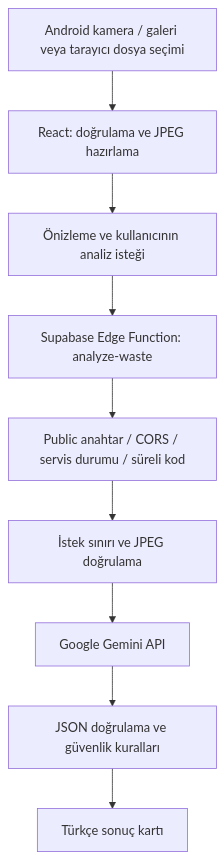
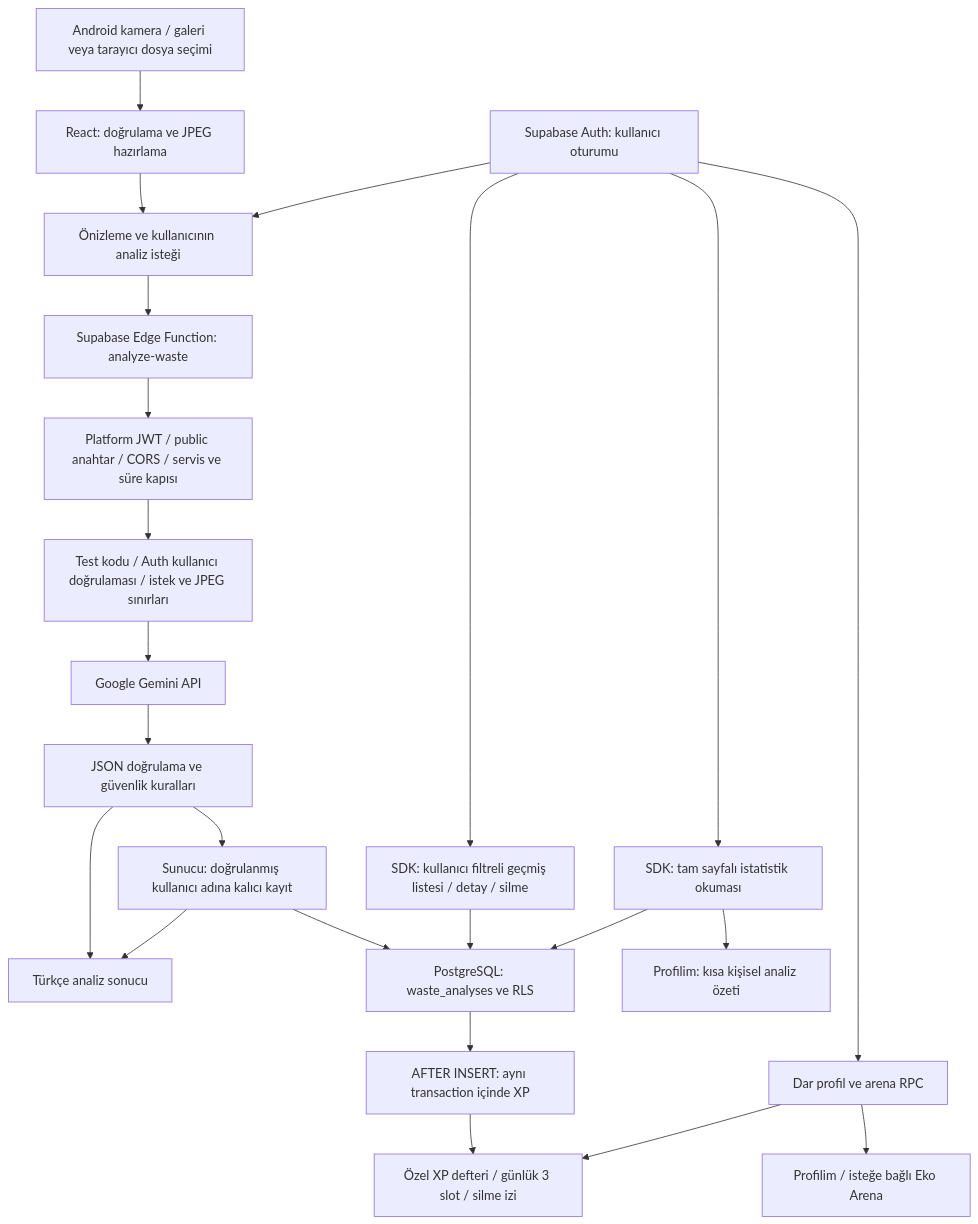
One commit to furkancincik/Akilli-Atik changed the diagram in README.md. Above: the diagram before and after it, drawn with Mermaid. The commit also changed other lines of this file and 97 other files, not shown here.

````diff
--- a/README.md
+++ b/README.md
@@ -58,11 +68,25 @@
 ```mermaid
 flowchart TD
     A[Android kamera / galeri veya tarayıcı dosya seçimi] --> B[React: doğrulama ve JPEG hazırlama]
     B --> C[Önizleme ve kullanıcının analiz isteği]
     C --> D[Supabase Edge Function: analyze-waste]
-    D --> E[Public anahtar / CORS / servis durumu / süreli kod]
-    E --> F[İstek sınırı ve JPEG doğrulama]
+    D --> E[Platform JWT / public anahtar / CORS / servis ve süre kapısı]
+    E --> F[Test kodu / Auth kullanıcı doğrulaması / istek ve JPEG sınırları]
     F --> G[Google Gemini API]
     G --> H[JSON doğrulama ve güvenlik kuralları]
-    H --> I[Türkçe sonuç kartı]
+    H --> J[Sunucu: doğrulanmış kullanıcı adına kalıcı kayıt]
+    H --> I[Türkçe analiz sonucu]
+    J --> I
+    J --> K[PostgreSQL: waste_analyses ve RLS]
+    L[Supabase Auth: kullanıcı oturumu] --> C
+    L --> M[SDK: kullanıcı filtreli geçmiş listesi / detay / silme]
+    M --> K
+    L --> N[SDK: tam sayfalı istatistik okuması]
+    N --> K
+    N --> O[Profilim: kısa kişisel analiz özeti]
+    K --> P[AFTER INSERT: aynı transaction içinde XP]
+    P --> Q[Özel XP defteri / günlük 3 slot / silme izi]
+    L --> R[Dar profil ve arena RPC]
+    R --> Q
+    R --> S[Profilim / isteğe bağlı Eko Arena]
 ```
````
